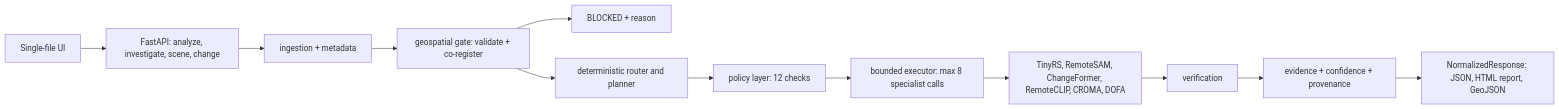
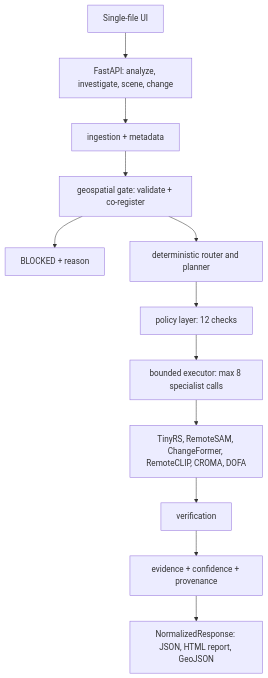
The diagram in README.md (omkarp-21/SatQuery-AI), drawn with Mermaid before and after one commit.

Commit message:
docs: architecture diagram top-down for readability

````diff
--- a/README.md
+++ b/README.md
@@ -19,27 +19,27 @@
 ```mermaid
-flowchart LR
+flowchart TD
     UI["Single-file UI"]
     API["FastAPI: analyze, investigate, scene, change"]
     ING["ingestion + metadata"]
     GEO["geospatial gate: validate + co-register"]
     BLOCKED["BLOCKED + reason"]
     ROUTE["deterministic router and planner"]
     POL["policy layer: 12 checks"]
     EXEC["bounded executor: max 8 specialist calls"]
     MODELS["TinyRS, RemoteSAM, ChangeFormer, RemoteCLIP, CROMA, DOFA"]
     VER["verification"]
     EV["evidence + confidence + provenance"]
     OUT["NormalizedResponse: JSON, HTML report, GeoJSON"]
 
     UI --> API
     API --> ING
     ING --> GEO
     GEO --> BLOCKED
     GEO --> ROUTE
     ROUTE --> POL
     POL --> EXEC
     EXEC --> MODELS
     MODELS --> VER
     VER --> EV
     EV --> OUT
 ```
````
